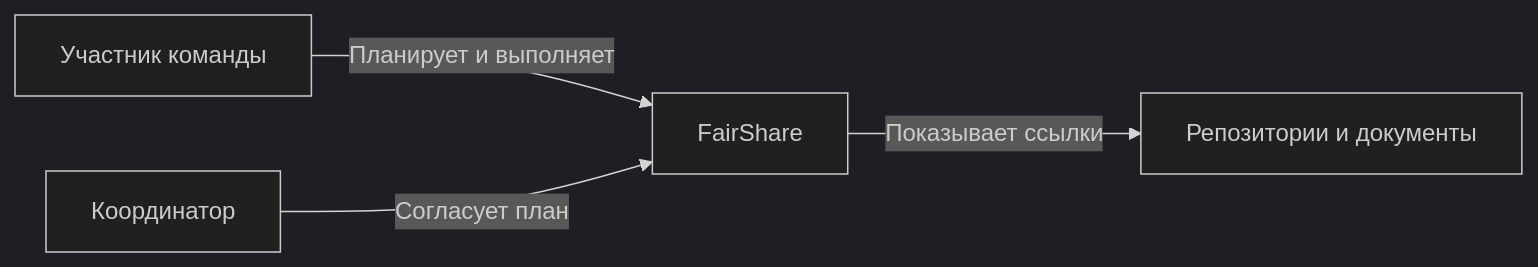
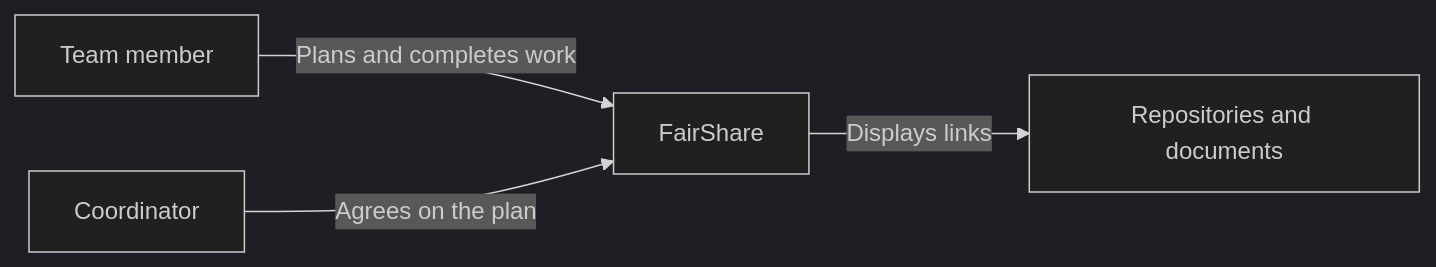
Before and after one commit to yerassylmurat07/fairshare: the first of 3 diagrams in docs/architecture.md, drawn with Mermaid (dark theme). The commit also changed other lines of this file and 18 other files, not shown here.

````diff
--- a/docs/architecture.md
+++ b/docs/architecture.md
@@ -48,6 +48,6 @@
 ```mermaid
 flowchart LR
-  Student[Участник команды] -->|Планирует и выполняет| FairShare[FairShare]
-  Leader[Координатор] -->|Согласует план| FairShare
-  FairShare -->|Показывает ссылки| External[Репозитории и документы]
+  Student[Team member] -->|Plans and completes work| FairShare[FairShare]
+  Leader[Coordinator] -->|Agrees on the plan| FairShare
+  FairShare -->|Displays links| External[Repositories and documents]
 ```
````
